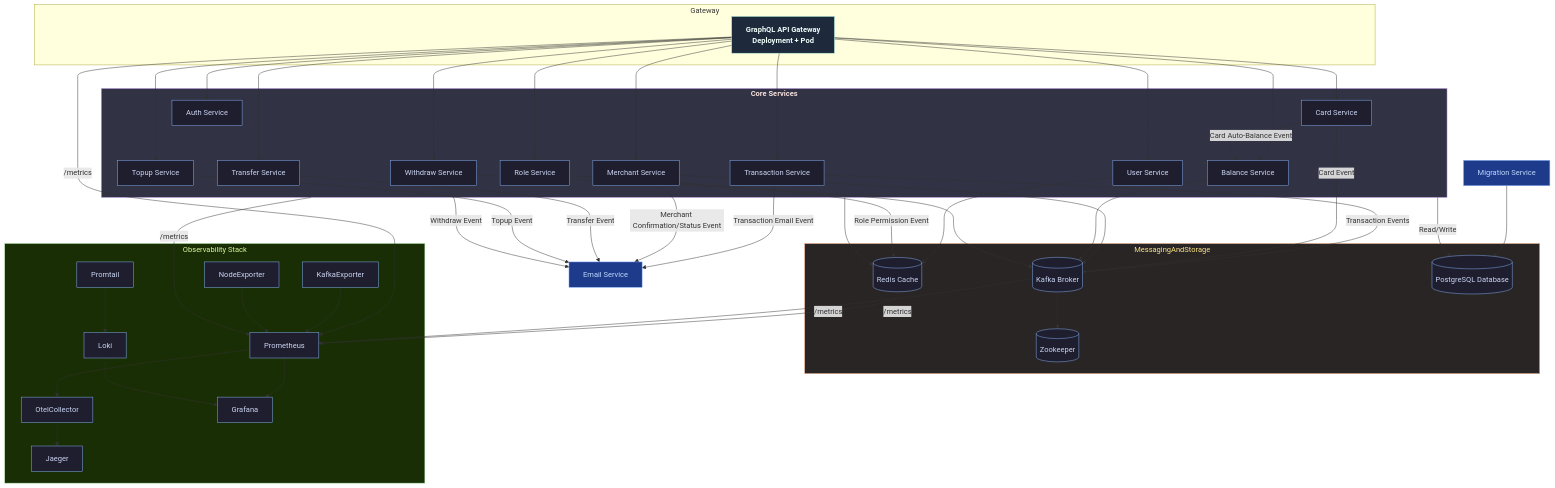
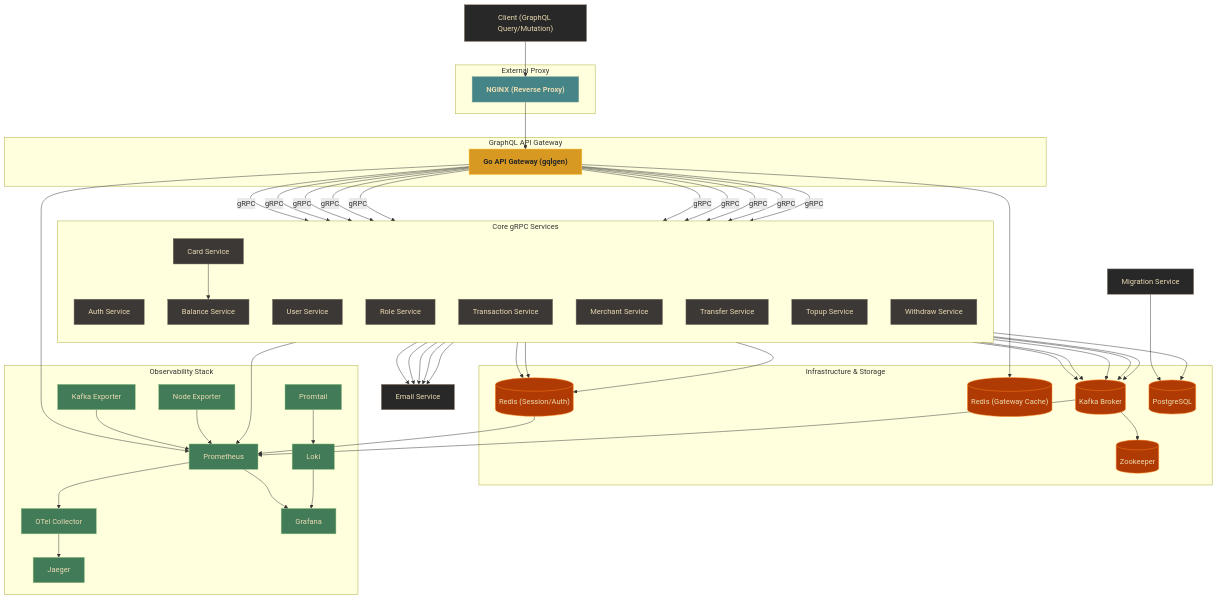
Before and after one commit to MamangRust/monolith-graphql-paymentgateway-grpc: the first of 2 diagrams in README.md, drawn with Mermaid. The commit also changed other lines of this file and 1199 other files, not shown here.

Commit message:
refactor: restructure service architecture by consolidating and migrating modules across the payment gateway codebase

````diff
--- a/README.md
+++ b/README.md
@@ -210,134 +50,91 @@
 ```mermaid
 flowchart TD
-    %% ======================
-    %% API Gateway (GraphQL)
-    %% ======================
-    subgraph Gateway
-        GQL[GraphQL API Gateway\n Deployment + Pod]
+    subgraph Proxy["External Proxy"]
+        NGINX["NGINX (Reverse Proxy)"]
     end
 
-    %% ======================
-    %% Core Services
-    %% ======================
-    subgraph CoreServices[Core Services]
-        TS[Transaction Service]
-        CS[Card Service]
-        US[User Service]
-        RS[Role Service]
-        MS[Merchant Service]
-        BS[Balance Service]
-        AS[Auth Service]
-        TRS[Transfer Service]
-        TUS[Topup Service]
-        WS[Withdraw Service]
+    subgraph Gateway["GraphQL API Gateway"]
+        APIG["Go API Gateway (gqlgen)"]
     end
 
-    %% ======================
-    %% Messaging & Storage
-    %% ======================
-    subgraph MessagingAndStorage
-        Kafka[(Kafka Broker)]
-        ZK[(Zookeeper)]
-        Redis[(Redis Cache)]
-        DB[(PostgreSQL Database)]
+    subgraph CoreServices["Core gRPC Services"]
+        direction TB
+        AS["Auth Service"]
+        US["User Service"]
+        RS["Role Service"]
+        CS["Card Service"]
+        BS["Balance Service"]
+        TS["Transaction Service"]
+        MS["Merchant Service"]
+        TRS["Transfer Service"]
+        TUS["Topup Service"]
+        WS["Withdraw Service"]
     end
 
-    %% ======================
-    %% Observability
-    %% ======================
-    subgraph ObservabilityStack[Observability Stack]
-        Promtail
-        KafkaExporter
-        NodeExporter
-        Prometheus
-        Loki
-        OtelCollector
-        Grafana
-        Jaeger
+    subgraph Storage["Infrastructure & Storage"]
+        Kafka[("Kafka Broker")]
+        ZK[("Zookeeper")]
+        RedisAPIG[("Redis (Gateway Cache)")]
+        RedisCore[("Redis (Session/Auth)")]
+        DB[("PostgreSQL")]
     end
 
-    %% ======================
-    %% Misc Services
-    %% ======================
-    EmailS[Email Service]
-    Migration[Migration Service]
+    subgraph Observability["Observability Stack"]
+        Promtail["Promtail"]
+        KafkaExporter["Kafka Exporter"]
+        NodeExporter["Node Exporter"]
+        Prometheus["Prometheus"]
+        Loki["Loki"]
+        OtelCollector["OTel Collector"]
+        Grafana["Grafana"]
+        Jaeger["Jaeger"]
+    end
 
-    %% ======================
-    %% Gateway Connections
-    %% ======================
-    GQL --> TS
-    GQL --> CS
-    GQL --> US
-    GQL --> RS
-    GQL --> MS
-    GQL --> BS
-    GQL --> AS
-    GQL --> TRS
-    GQL --> TUS
-    GQL --> WS
+    EmailS["Email Service"]
+    Migration["Migration Service"]
 
-    %% ======================
-    %% Core Service Connections
-    %% ======================
-    TS -->|Transaction Events| Kafka
-    TS -->|Transaction Email Event| EmailS
-    CS -->|Card Auto-Balance Event| BS
-    CS -->|Card Event| Kafka
-    US --> Redis
-    RS -->|Role Permission Event| Redis
-    MS -->|Merchant Confirmation/Status Event| EmailS
-    MS --> Kafka
+    %% Traffic Flow
+    Client["Client (GraphQL Query/Mutation)"] --> NGINX
+    NGINX --> APIG
+    APIG -->|gRPC| AS & US & RS & CS & BS & TS & MS & TRS & TUS & WS
+    
+    APIG --> RedisAPIG
+
+    TS --> Kafka
+    TS --> EmailS
+    CS --> BS
+    CS --> Kafka
+    US --> RedisCore
+    RS --> RedisCore
+    MS --> EmailS & Kafka
     BS --> Kafka
-    TRS -->|Transfer Event| EmailS
-    TUS -->|Topup Event| EmailS
-    WS -->|Withdraw Event| EmailS
-    WS --> Kafka
+    TRS --> EmailS
+    TUS --> EmailS
+    WS --> EmailS & Kafka
 
-    %% ======================
-    %% Core Services <-> DB
-    %% ======================
-    CoreServices -->|Read/Write| DB
+    CoreServices --> DB
+    Migration --> DB
+    Kafka --> ZK
+    CoreServices --> RedisCore
 
-    %% ======================
-    %% Migration -> Database
-    %% ======================
-    Migration --> DB
+    %% Observability Connections
+    CoreServices & APIG & RedisCore & Kafka --> Prometheus
+    Promtail --> Loki
+    KafkaExporter & NodeExporter --> Prometheus
+    Prometheus & Loki --> Grafana
+    Prometheus --> OtelCollector --> Jaeger
 
-    %% ======================
-    %% Kafka & Redis Connections
-    %% ======================
-    Kafka --> ZK
-    CoreServices --> Redis
+    %% Styling
+    classDef default fill:#282828,stroke:#928374,color:#ebdbb2;
+    classDef proxy fill:#458588,stroke:#83a598,color:#ebdbb2,font-weight:bold;
+    classDef gateway fill:#d79921,stroke:#fabd2f,color:#282828,font-weight:bold;
+    classDef secondary fill:#3c3836,stroke:#7c6f64,color:#ebdbb2;
+    classDef infra fill:#af3a03,stroke:#fe8019,color:#ebdbb2;
+    classDef obs fill:#427b58,stroke:#8ec07c,color:#ebdbb2;
 
-    %% ======================
-    %% Observability Connections
-    %% ======================
-    CoreServices -->|/metrics| Prometheus
-    GQL -->|/metrics| Prometheus
-    Redis -->|/metrics| Prometheus
-    Kafka -->|/metrics| Prometheus
-    Promtail --> Loki
-    KafkaExporter --> Prometheus
-    NodeExporter --> Prometheus
-    Prometheus --> Grafana
-    Loki --> Grafana
-    Prometheus --> OtelCollector
-    OtelCollector --> Jaeger
-
-    %% ======================
-    %% STYLING
-    %% ======================
-    classDef default fill:#1e1e2e,stroke:#89b4fa,color:#cdd6f4,stroke-width:1px;
-    classDef gateway fill:#1e293b,stroke:#94e2d5,color:#f0fdfa,font-weight:bold;
-    classDef core fill:#313244,stroke:#cba6f7,color:#f5e0dc,font-weight:bold;
-    classDef infra fill:#292524,stroke:#fab387,color:#fde68a;
-    classDef observ fill:#1a2e05,stroke:#a6e3a1,color:#d9f99d;
-    classDef misc fill:#1e3a8a,stroke:#89b4fa,color:#bfdbfe;
-
-    %% Assign classes
-    class GQL gateway;
-    class CoreServices core;
-    class MessagingAndStorage infra;
-    class ObservabilityStack observ;
-    class EmailS,Migration misc;
+    class NGINX proxy;
+    class APIG gateway;
+    class TS,CS,US,RS,MS,BS,AS,TRS,TUS,WS secondary;
+    class Kafka,ZK,RedisAPIG,RedisCore,DB infra;
+    class Prometheus,Loki,Grafana,Jaeger,OtelCollector,Promtail,KafkaExporter,NodeExporter obs;
 ```
````
